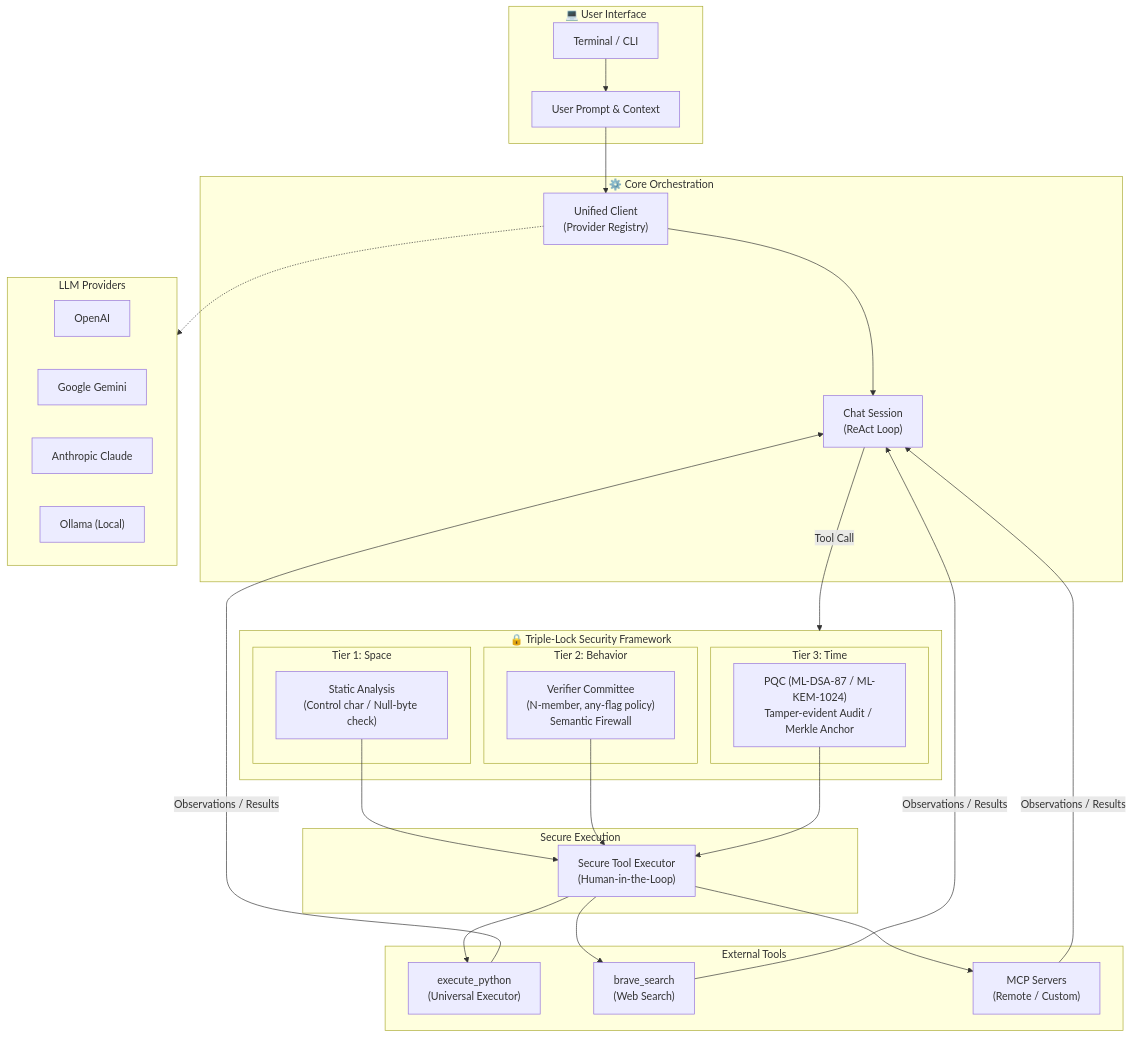
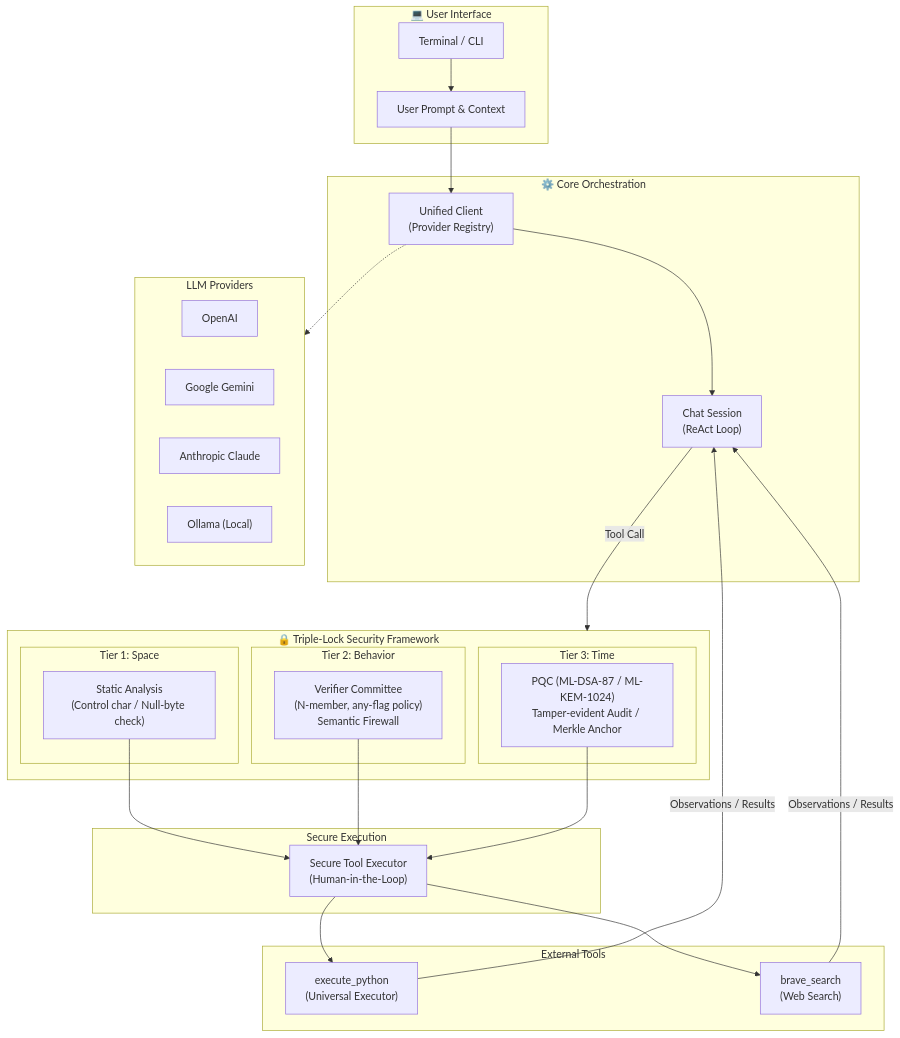
The diagram in README.md (yosh95/llm-secure-cli), drawn with Mermaid before and after one commit. The commit also changed other lines of this file and 17 other files, not shown here.

````diff
--- a/README.md
+++ b/README.md
@@ -41,57 +41,55 @@
 ```mermaid
 flowchart TB
     subgraph UI["💻 User Interface"]
         A["Terminal / CLI"]
         B["User Prompt & Context"]
     end
 
     subgraph Core["⚙️ Core Orchestration"]
         C["Unified Client<br/>(Provider Registry)"]
         D["Chat Session<br/>(ReAct Loop)"]
     end
 
     subgraph Providers["LLM Providers"]
         E1["OpenAI"]
         E2["Google Gemini"]
         E3["Anthropic Claude"]
         E4["Ollama (Local)"]
     end
 
     subgraph Security["🔒 Triple-Lock Security Framework"]
         subgraph T1["Tier 1: Space"]
             F1["Static Analysis<br/>(Control char / Null-byte check)"]
         end
         subgraph T2["Tier 2: Behavior"]
             F2["Verifier Committee<br/>(N-member, any-flag policy)<br/>Semantic Firewall"]
         end
         subgraph T3["Tier 3: Time"]
             F3["PQC (ML-DSA-87 / ML-KEM-1024)<br/>Tamper-evident Audit / Merkle Anchor"]
         end
     end
 
     subgraph Execution["Secure Execution"]
         G["Secure Tool Executor<br/>(Human-in-the-Loop)"]
     end
 
     subgraph Tools["External Tools"]
         H1["execute_python<br/>(Universal Executor)"]
         H2["brave_search<br/>(Web Search)"]
-        H3["MCP Servers<br/>(Remote / Custom)"]
     end
 
     A --> B
     B --> C
     C --> D
     C -.-> Providers
     
     D -->|"Tool Call"| Security
     F1 --> G
     F2 --> G
     F3 --> G
     
     G --> H1
     G --> H2
-    G --> H3
     
-    H1 & H2 & H3 -->|"Observations / Results"| D
+    H1 & H2 -->|"Observations / Results"| D
 ```
````
